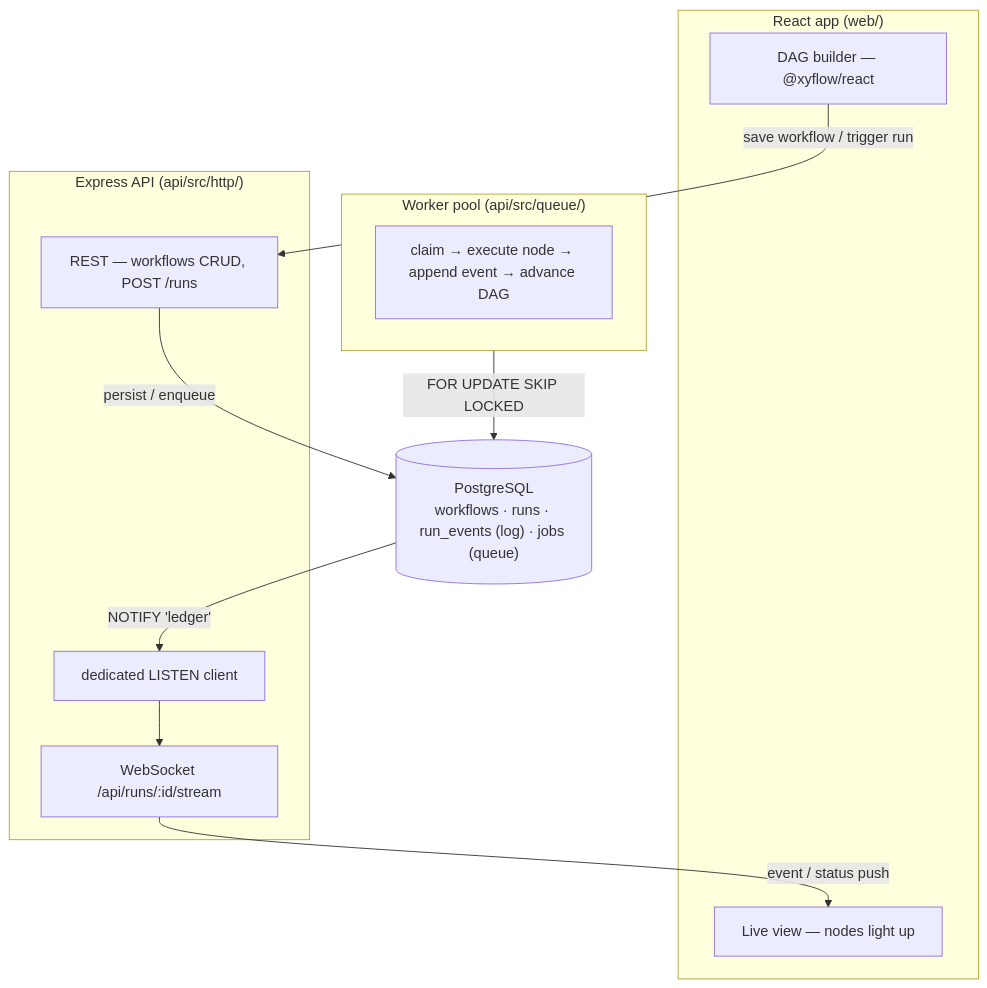
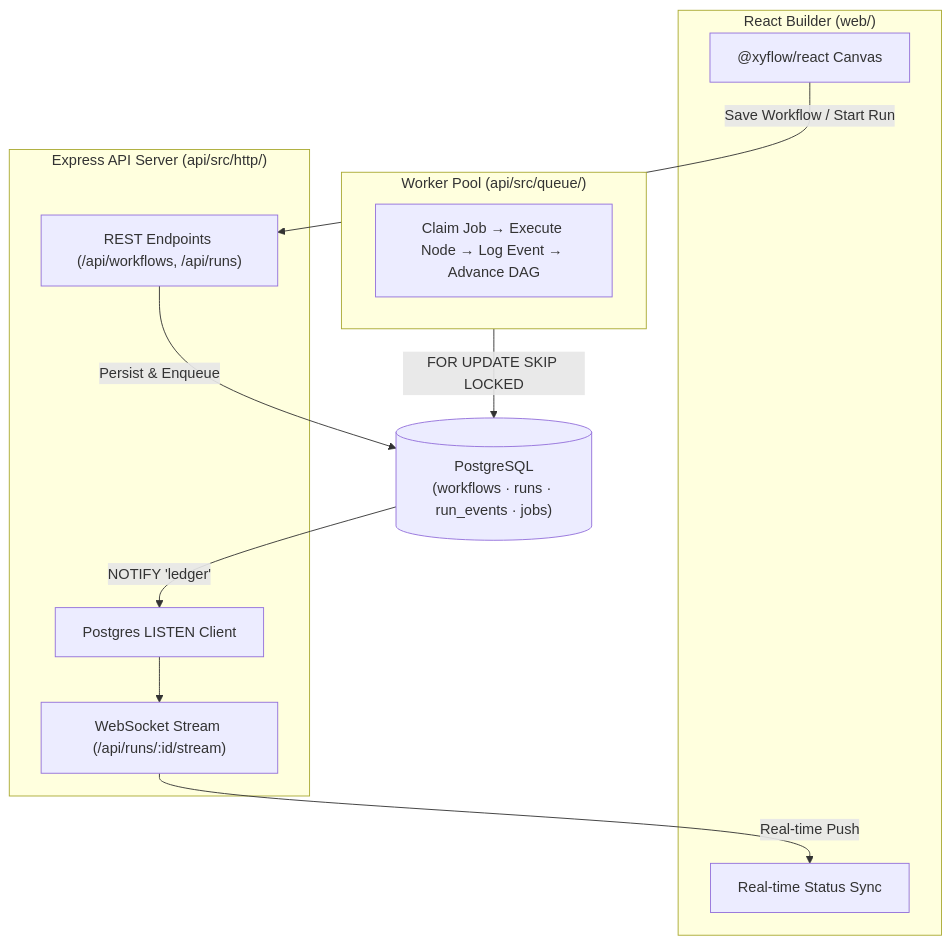
Before and after one commit to manav363/Ledger: the diagram in README.md, drawn with Mermaid. The commit also changed other lines of this file, not shown here.

Commit message:
docs: rewrite README with professional structure, badges and API reference

````diff
--- a/README.md
+++ b/README.md
@@ -22,23 +36,26 @@
 ```mermaid
 flowchart TB
-    subgraph web["React app (web/)"]
-        builder["DAG builder — @xyflow/react"]
-        live["Live view — nodes light up"]
-    end
-    subgraph api["Express API (api/src/http/)"]
-        rest["REST — workflows CRUD, POST /runs"]
-        ws["WebSocket /api/runs/:id/stream"]
-        listen["dedicated LISTEN client"]
-    end
-    pg[("PostgreSQL\nworkflows · runs · run_events (log) · jobs (queue)")]
-    subgraph workers["Worker pool (api/src/queue/)"]
-        w["claim → execute node → append event → advance DAG"]
+    subgraph Web["React Builder (web/)"]
+        Canvas["@xyflow/react Canvas"]
+        LiveView["Real-time Status Sync"]
     end
 
-    builder -->|save workflow / trigger run| rest
-    rest -->|persist / enqueue| pg
-    workers -->|FOR UPDATE SKIP LOCKED| pg
-    pg -->|NOTIFY 'ledger'| listen
-    listen --> ws
-    ws -->|event / status push| live
+    subgraph API["Express API Server (api/src/http/)"]
+        REST["REST Endpoints (/api/workflows, /api/runs)"]
+        WS["WebSocket Stream (/api/runs/:id/stream)"]
+        Listen["Postgres LISTEN Client"]
+    end
+
+    PG[("PostgreSQL\n(workflows · runs · run_events · jobs)")]
+
+    subgraph Workers["Worker Pool (api/src/queue/)"]
+        Worker["Claim Job → Execute Node → Log Event → Advance DAG"]
+    end
+
+    Canvas -->|Save Workflow / Start Run| REST
+    REST -->|Persist & Enqueue| PG
+    Workers -->|FOR UPDATE SKIP LOCKED| PG
+    PG -->|NOTIFY 'ledger'| Listen
+    Listen --> WS
+    WS -->|Real-time Push| LiveView
 ```
````
